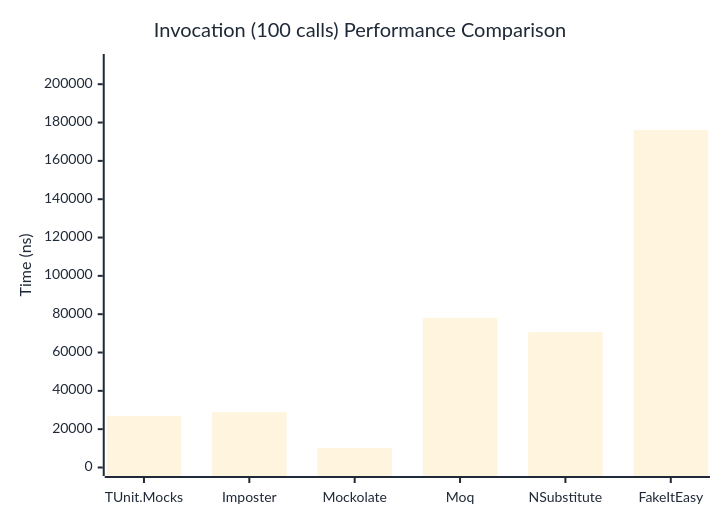
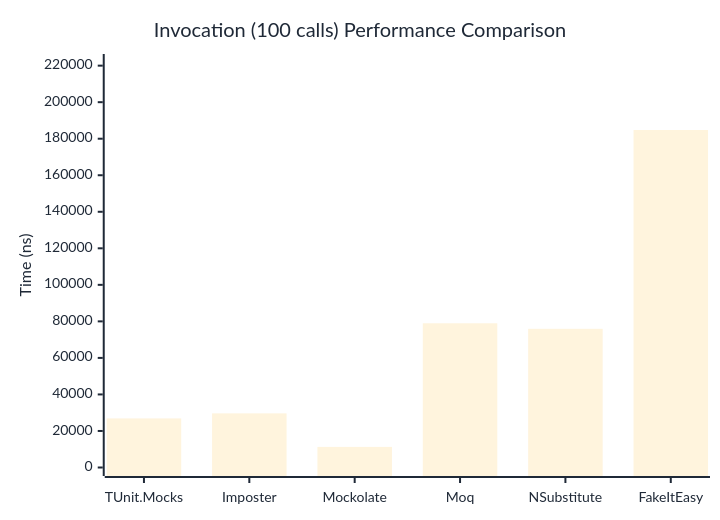
The third of 3 diagrams in docs/docs/benchmarks/mocks/Invocation.md (thomhurst/TUnit), drawn with Mermaid before and after one commit. The commit also changed other lines of this file and 14 other files, not shown here.

````diff
--- a/docs/docs/benchmarks/mocks/Invocation.md
+++ b/docs/docs/benchmarks/mocks/Invocation.md
@@ -112,27 +112,27 @@
 ```mermaid
 %%{init: {
   'theme':'base',
   'themeVariables': {
     'primaryColor': '#2563eb',
     'primaryTextColor': '#1f2937',
     'primaryBorderColor': '#1e40af',
     'lineColor': '#6b7280',
     'secondaryColor': '#7c3aed',
     'tertiaryColor': '#dc2626',
     'background': '#ffffff',
     'pie1': '#2563eb',
     'pie2': '#7c3aed',
     'pie3': '#dc2626',
     'pie4': '#f59e0b',
     'pie5': '#10b981',
     'pie6': '#06b6d4',
     'pie7': '#ec4899',
     'pie8': '#6366f1'
   }
 }}%%
 xychart-beta
   title "Invocation (100 calls) Performance Comparison"
   x-axis ["TUnit.Mocks", "Imposter", "Mockolate", "Moq", "NSubstitute", "FakeItEasy"]
-  y-axis "Time (ns)" 0 --> 211331
-  bar [26924.76, 28815.71, 10124.68, 78114.89, 70692.68, 176108.82]
+  y-axis "Time (ns)" 0 --> 221724
+  bar [26871.91, 29637.33, 11274.4, 78956.34, 75918.48, 184769.97]
 ```
````
